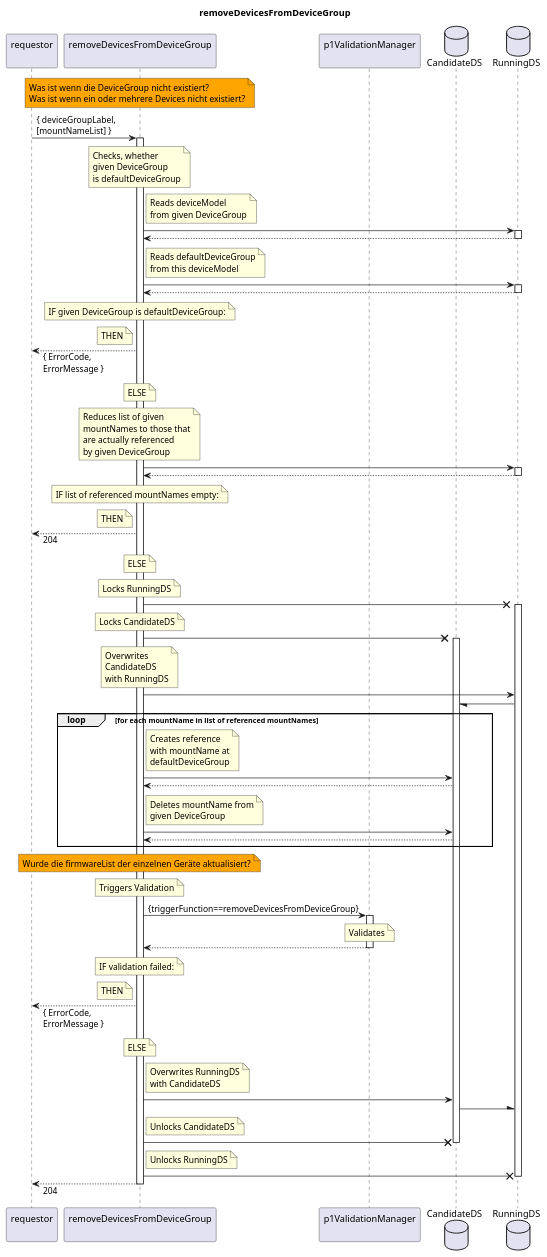
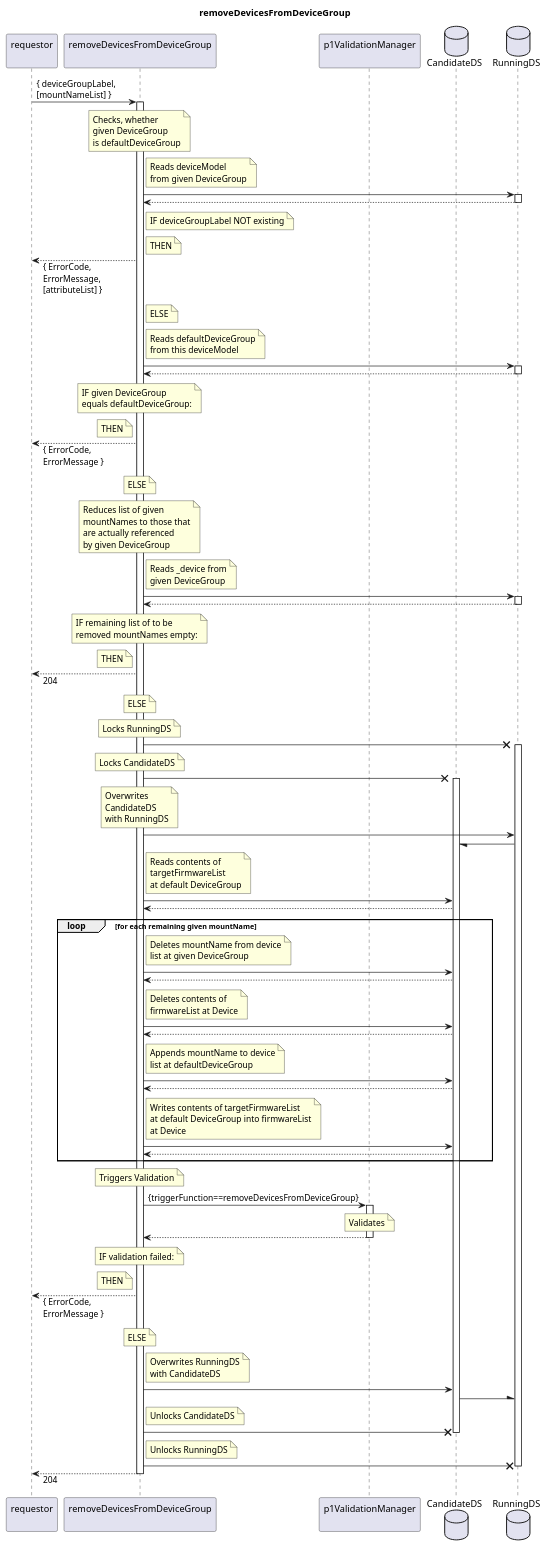
Before and after one commit to openBackhaul/FirmWareManager: the diagram in spec/Services/removeDevicesFromDeviceGroup/1.0.0/removeDevicesFromDeviceGroup.plantuml, drawn with PlantUML. The commit also changed 8 other files, not shown here.

```diff
--- a/spec/Services/removeDevicesFromDeviceGroup/1.0.0/removeDevicesFromDeviceGroup.plantuml
+++ b/spec/Services/removeDevicesFromDeviceGroup/1.0.0/removeDevicesFromDeviceGroup.plantuml
@@ -1,160 +1,186 @@
 @startuml removeDevicesFromDeviceGroup
 skinparam responseMessageBelowArrow true
 
 title
   removeDevicesFromDeviceGroup
 end title
 
 participant "requestor\n" as requestor
 participant "removeDevicesFromDeviceGroup\n" as remDev
 participant "p1ValidationManager\n" as valiMan
 database "CandidateDS" as CanDS
 database "RunningDS" as RunDS
-
-
-  note over remDev #Orange
-    Was ist wenn die DeviceGroup nicht existiert?
-    Was ist wenn ein oder mehrere Devices nicht existiert?
-  end note
-
-
 
 requestor -> remDev: { deviceGroupLabel,\n[mountNameList] }
 activate remDev
 
   note over remDev
     Checks, whether
     given DeviceGroup
     is defaultDeviceGroup
   end note
   note right remDev
     Reads deviceModel
     from given DeviceGroup
   end note
   remDev -> RunDS
   activate RunDS
   remDev <-- RunDS
   deactivate RunDS
   note right remDev
+    IF deviceGroupLabel NOT existing
+  end note
+  note right remDev
+    THEN
+  end note
+  requestor <-- remDev: { ErrorCode,\nErrorMessage,\n[attributeList] }
+  note right remDev
+    ELSE
+  end note
+
+  note right remDev
     Reads defaultDeviceGroup
     from this deviceModel
   end note
   remDev -> RunDS
   activate RunDS
   remDev <-- RunDS
   deactivate RunDS
   note over remDev
-    IF given DeviceGroup is defaultDeviceGroup:
+    IF given DeviceGroup
+    equals defaultDeviceGroup:
   end note
   note left remDev
     THEN
   end note
   requestor <-- remDev: { ErrorCode,\nErrorMessage }
   note over remDev
     ELSE
   end note
 
   note over remDev
     Reduces list of given
     mountNames to those that
     are actually referenced
     by given DeviceGroup
   end note
+  note right remDev
+    Reads _device from
+    given DeviceGroup
+  end note
   remDev -> RunDS
   activate RunDS
   remDev <-- RunDS
   deactivate RunDS
   note over remDev
-    IF list of referenced mountNames empty:
+    IF remaining list of to be
+    removed mountNames empty:
   end note
   note left remDev
     THEN
   end note
   requestor <-- remDev: 204
   note over remDev
     ELSE
   end note
 
   note over remDev
     Locks RunningDS
   end note
   remDev -X RunDS
   activate RunDS
   note over remDev
     Locks CandidateDS
   end note
   remDev -X CanDS
   activate CanDS
   note over remDev
     Overwrites
     CandidateDS
     with RunningDS
   end note
   remDev -> RunDS
   RunDS -/ CanDS
 
-  loop for each mountName in list of referenced mountNames
     note right remDev
-      Creates reference
-      with mountName at
-      defaultDeviceGroup
+      Reads contents of
+      targetFirmwareList
+      at default DeviceGroup
     end note
     remDev -> CanDS
     remDev <-- CanDS
+
+  loop for each remaining given mountName
     note right remDev
-      Deletes mountName from
-      given DeviceGroup
+      Deletes mountName from device
+      list at given DeviceGroup
+    end note
+    remDev -> CanDS
+    remDev <-- CanDS
+
+    note right remDev
+      Deletes contents of 
+      firmwareList at Device
+    end note
+    remDev -> CanDS
+    remDev <-- CanDS
+
+    note right remDev
+      Appends mountName to device
+      list at defaultDeviceGroup
+    end note
+    remDev -> CanDS
+    remDev <-- CanDS
+
+    note right remDev
+      Writes contents of targetFirmwareList
+      at default DeviceGroup into firmwareList
+      at Device
     end note
     remDev -> CanDS
     remDev <-- CanDS
   end loop
-
-
-  note over remDev #Orange
-    Wurde die firmwareList der einzelnen Geräte aktualisiert?
-  end note
-
 
   note over remDev
     Triggers Validation
   end note
   remDev -> valiMan: {triggerFunction==removeDevicesFromDeviceGroup}
   activate valiMan
     note over valiMan
       Validates
     end note
   remDev <-- valiMan
   deactivate valiMan
   note over remDev
     IF validation failed:
   end note
   note left remDev
     THEN
   end note
   requestor <-- remDev: { ErrorCode,\nErrorMessage }
   note over remDev
     ELSE
   end note
 
   note right remDev
     Overwrites RunningDS
     with CandidateDS
   end note
   remDev -> CanDS
   CanDS -\ RunDS
   note right remDev
     Unlocks CandidateDS
   end note
   remDev -X CanDS
   deactivate CanDS
   note right remDev
     Unlocks RunningDS
   end note
   remDev -X RunDS
   deactivate RunDS
 
   requestor <-- remDev: 204
 
 deactivate remDev
 
 @enduml
```
